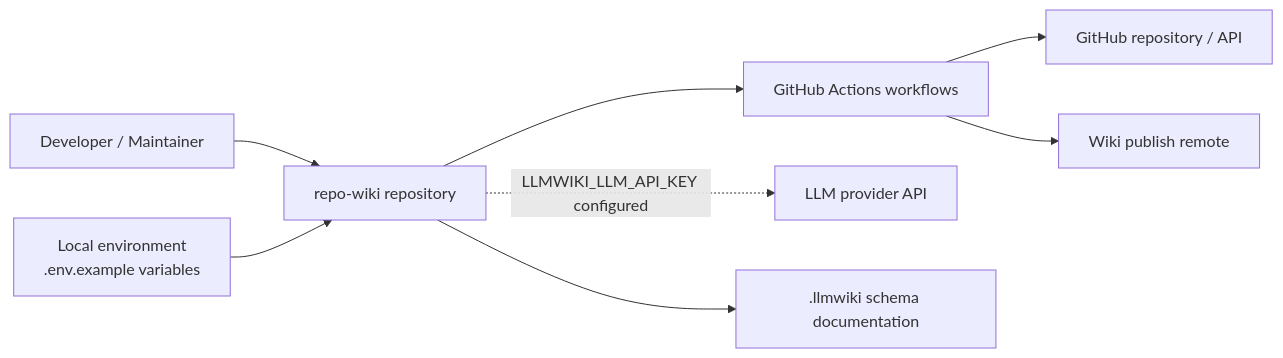
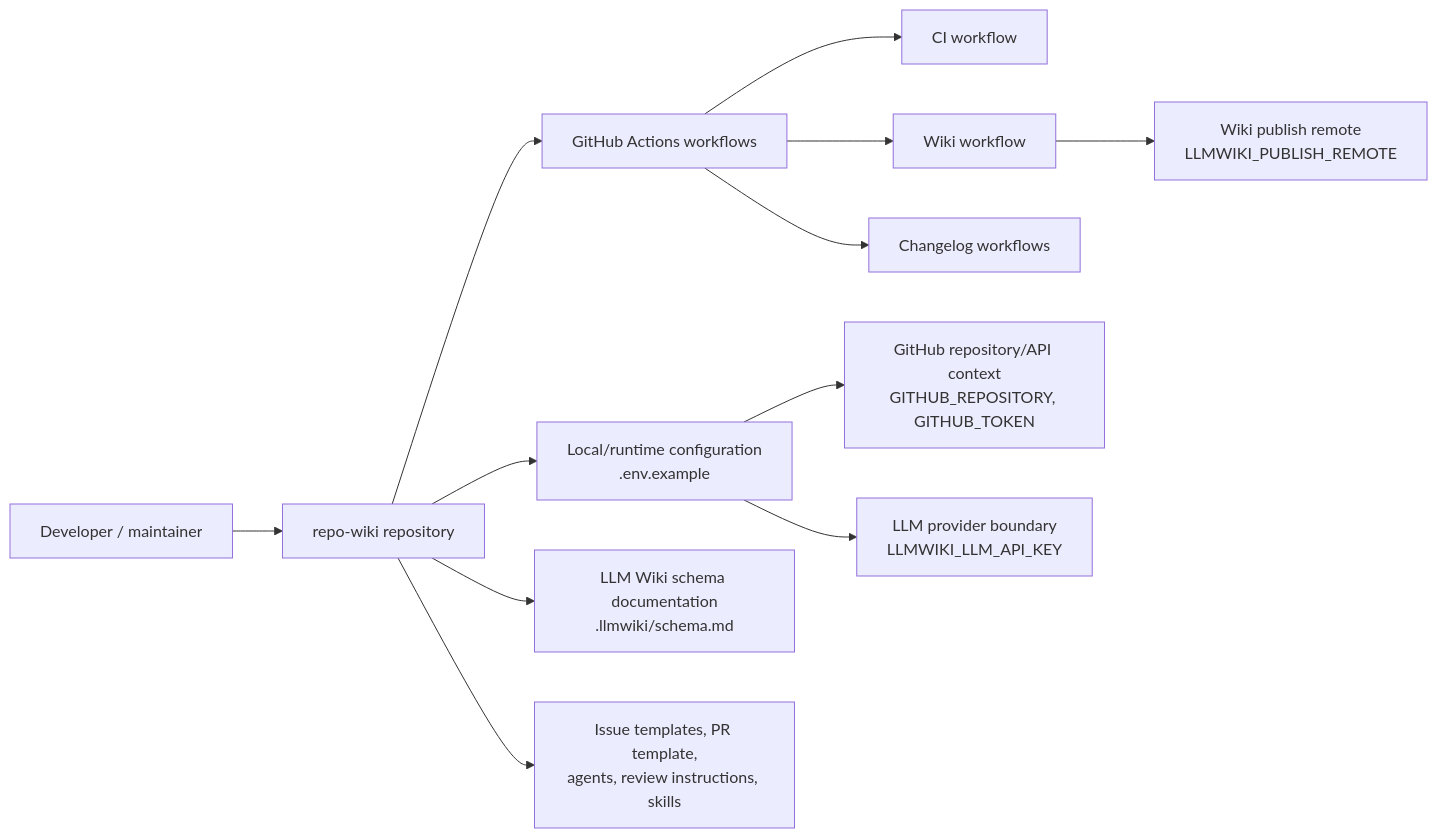
The first of 3 diagrams in Architecture.md (mfittko/repo-wiki), drawn with Mermaid before and after one commit. The commit also changed other lines of this file and 43 other files, not shown here.

Commit message:
Compile repository wiki 2026-05-15T17:36:39.093Z

````diff
--- a/Architecture.md
+++ b/Architecture.md
@@ -46,19 +52,16 @@
 ```mermaid
 flowchart LR
-  User["Developer / Maintainer"]
-  Repo["repo-wiki repository"]
-  Env["Local environment\n.env.example variables"]
-  CI["GitHub Actions workflows"]
-  GitHub["GitHub repository / API"]
-  WikiRemote["Wiki publish remote"]
-  LLM["LLM provider API"]
-  Schema[".llmwiki schema documentation"]
+  Dev["Developer / maintainer"] --> Repo["repo-wiki repository"]
+  Repo --> GHActions["GitHub Actions workflows"]
+  GHActions --> CI["CI workflow"]
+  GHActions --> WikiWF["Wiki workflow"]
+  GHActions --> ChangelogWF["Changelog workflows"]
 
-  User --> Repo
-  Env --> Repo
-  Repo --> CI
-  CI --> GitHub
-  CI --> WikiRemote
-  Repo --> Schema
-  Repo -. "LLMWIKI_LLM_API_KEY configured" .-> LLM
+  Repo --> Config["Local/runtime configuration<br/>.env.example"]
+  Config --> GitHubAPI["GitHub repository/API context<br/>GITHUB_REPOSITORY, GITHUB_TOKEN"]
+  Config --> LLM["LLM provider boundary<br/>LLMWIKI_LLM_API_KEY"]
+  WikiWF --> WikiRemote["Wiki publish remote<br/>LLMWIKI_PUBLISH_REMOTE"]
+
+  Repo --> Schema["LLM Wiki schema documentation<br/>.llmwiki/schema.md"]
+  Repo --> Governance["Issue templates, PR template,<br/>agents, review instructions, skills"]
 ```
````
